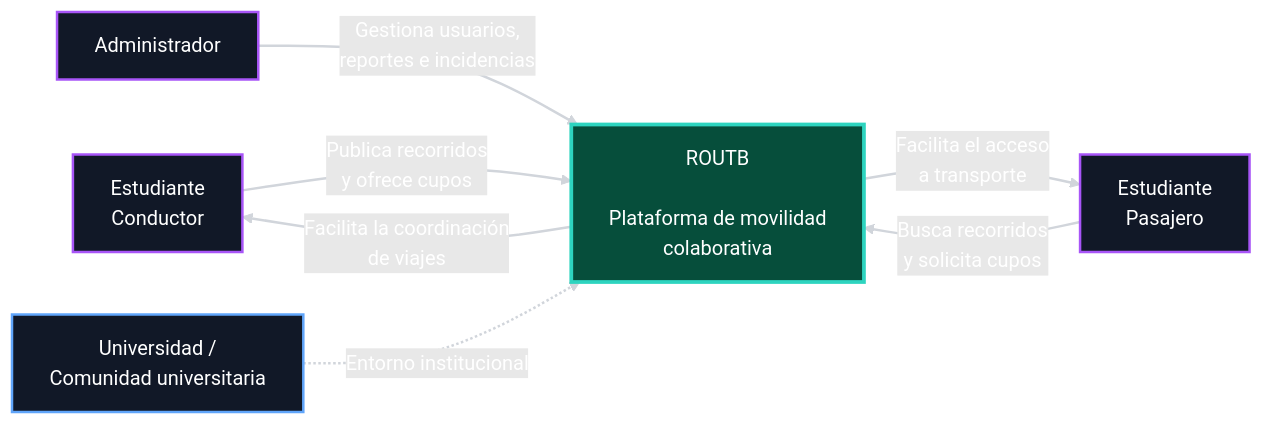
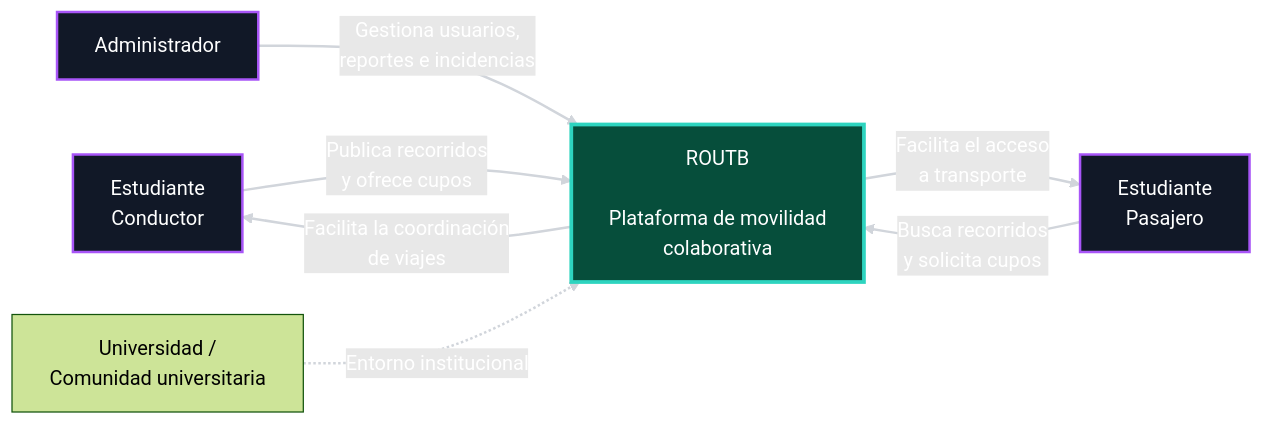
Before and after one commit to ISCOUTB/AS_202620_ROUTB: the first of 3 diagrams in docs/arc42/arc42-template-EN.md, drawn with Mermaid (forest theme). The commit also changed other lines of this file and 5 other files, not shown here.

````diff
--- a/docs/arc42/arc42-template-EN.md
+++ b/docs/arc42/arc42-template-EN.md
@@ -156,28 +140,25 @@
 ```mermaid
 flowchart LR
 
     C["Estudiante<br/>Conductor"]
     P["Estudiante<br/>Pasajero"]
     U["Universidad /<br/>Comunidad universitaria"]
     A["Administrador"]
 
     R["ROUTB<br/><br/>Plataforma de movilidad<br/>colaborativa"]
 
     C -->|"Publica recorridos<br/>y ofrece cupos"| R
     P -->|"Busca recorridos<br/>y solicita cupos"| R
     A -->|"Gestiona usuarios,<br/>reportes e incidencias"| R
     U -.->|"Entorno institucional"| R
 
     R -->|"Facilita la coordinación<br/>de viajes"| C
     R -->|"Facilita el acceso<br/>a transporte"| P
 
     classDef actor fill:#111827,stroke:#a855f7,color:#ffffff,stroke-width:2px
     classDef system fill:#064e3b,stroke:#2dd4bf,color:#ffffff,stroke-width:3px
-    classDef institution fill:#111827,stroke:#60a5fa,color:#ffffff,stroke-width:2px
-
     class C,P,A actor
     class R system
-    class U institution
 
     linkStyle default stroke:#d1d5db,stroke-width:2px,color:#ffffff
 ```
````
